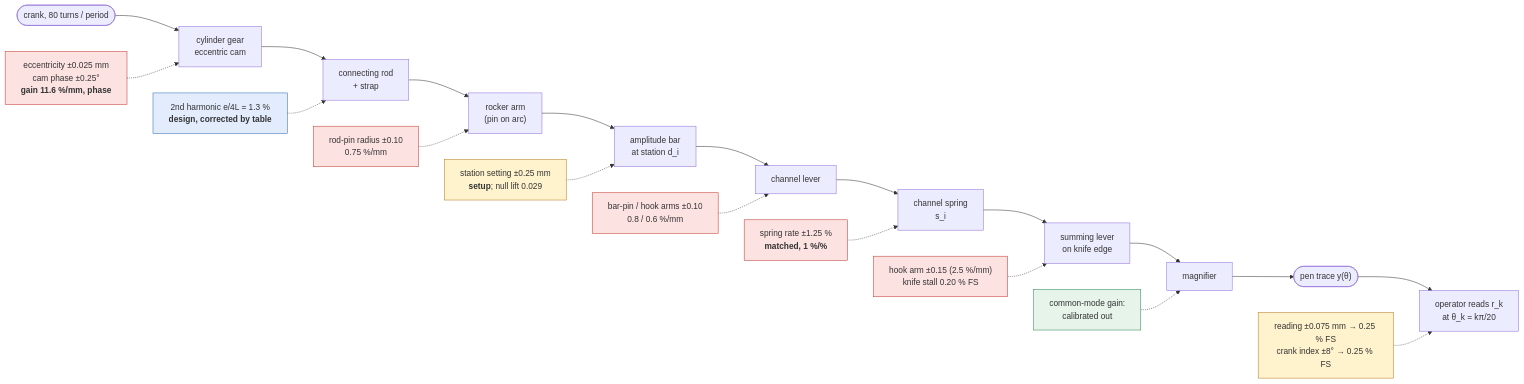
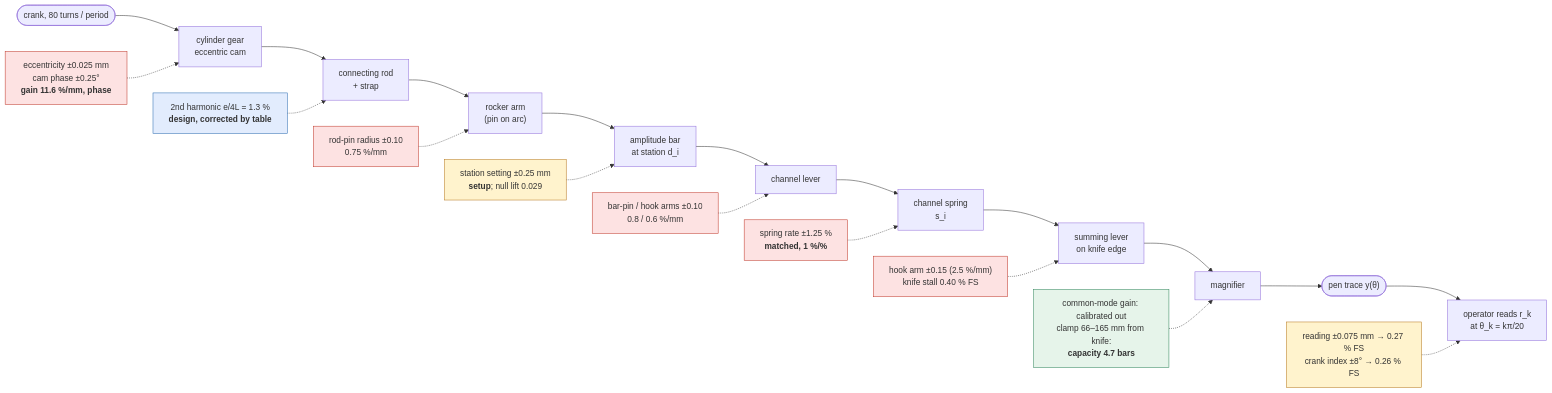
The first of 4 diagrams in cad/docs/tolerance-policy.md (pedropaulovc/harmonic-analyzer), drawn with Mermaid before and after one commit. The commit also changed other lines of this file and 6 other files, not shown here.

````diff
--- a/cad/docs/tolerance-policy.md
+++ b/cad/docs/tolerance-policy.md
@@ -80,27 +80,27 @@
 ```mermaid
 flowchart LR
     crank([crank, 80 turns / period]) --> cam
     cam["cylinder gear<br/>eccentric cam"] --> rod["connecting rod<br/>+ strap"]
     rod --> rocker["rocker arm<br/>(pin on arc)"]
     rocker --> bar["amplitude bar<br/>at station d_i"]
     bar --> lever["channel lever"]
     lever --> spring["channel spring<br/>s_i"]
     spring --> summing["summing lever<br/>on knife edge"]
     summing --> mag["magnifier"] --> pen(["pen trace y(θ)"])
     pen --> op["operator reads r_k<br/>at θ_k = kπ/20"]
 
     e1["eccentricity ±0.025 mm<br/>cam phase ±0.25°<br/><b>gain 11.6 %/mm, phase</b>"]:::part -.-> cam
     e2["2nd harmonic e/4L = 1.3 %<br/><b>design, corrected by table</b>"]:::design -.-> rod
     e3["rod-pin radius ±0.10<br/>0.75 %/mm"]:::part -.-> rocker
     e4["station setting ±0.25 mm<br/><b>setup</b>; null lift 0.029"]:::setup -.-> bar
     e5["bar-pin / hook arms ±0.10<br/>0.8 / 0.6 %/mm"]:::part -.-> lever
     e6["spring rate ±1.25 %<br/><b>matched, 1 %/%</b>"]:::part -.-> spring
-    e7["hook arm ±0.15 (2.5 %/mm)<br/>knife stall 0.20 % FS"]:::part -.-> summing
-    e8["common-mode gain:<br/>calibrated out"]:::free -.-> mag
-    e9["reading ±0.075 mm → 0.25 % FS<br/>crank index ±8° → 0.25 % FS"]:::setup -.-> op
+    e7["hook arm ±0.15 (2.5 %/mm)<br/>knife stall 0.40 % FS"]:::part -.-> summing
+    e8["common-mode gain: calibrated out<br/>clamp 66–165 mm from knife:<br/><b>capacity 4.7 bars</b>"]:::free -.-> mag
+    e9["reading ±0.075 mm → 0.27 % FS<br/>crank index ±8° → 0.26 % FS"]:::setup -.-> op
 
     classDef part fill:#fde2e2,stroke:#c0392b
     classDef setup fill:#fff3cd,stroke:#b7791f
     classDef design fill:#e2ecfd,stroke:#2b6cb0
     classDef free fill:#e6f4ea,stroke:#2f855a
 ```
````
